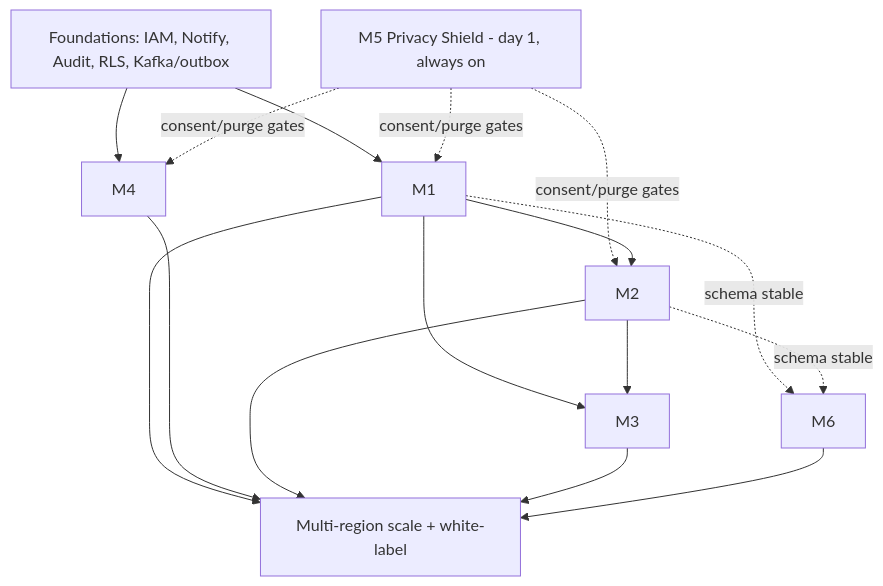
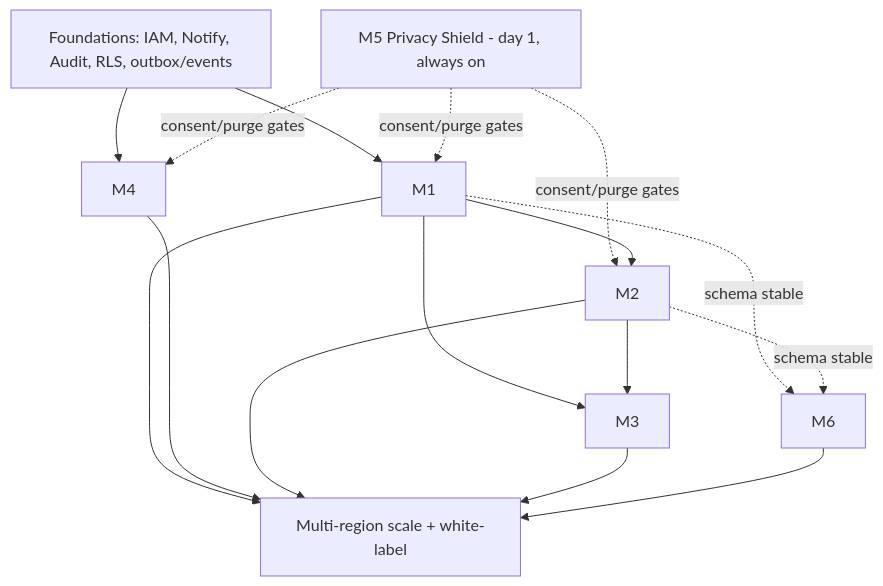
The third of 3 diagrams in docs/delivery/development-plan.md (ayushrai007/Societix), drawn with Mermaid before and after one commit. The commit also changed other lines of this file and 23 other files, not shown here.

````diff
--- a/docs/delivery/development-plan.md
+++ b/docs/delivery/development-plan.md
@@ -204,13 +204,13 @@
 ```mermaid
 flowchart TD
-    F[Foundations: IAM, Notify, Audit, RLS, Kafka/outbox] --> M1
+    F[Foundations: IAM, Notify, Audit, RLS, outbox/events] --> M1
     F --> M4
     M5[M5 Privacy Shield - day 1, always on] -.consent/purge gates.-> M1 & M4 & M2
     M1 --> M2
     M1 --> M3
     M2 --> M3
     M1 -.schema stable.-> M6
     M2 -.schema stable.-> M6
     M1 & M4 --> SCALE[Multi-region scale + white-label]
     M2 & M3 & M6 --> SCALE
 ```
````
